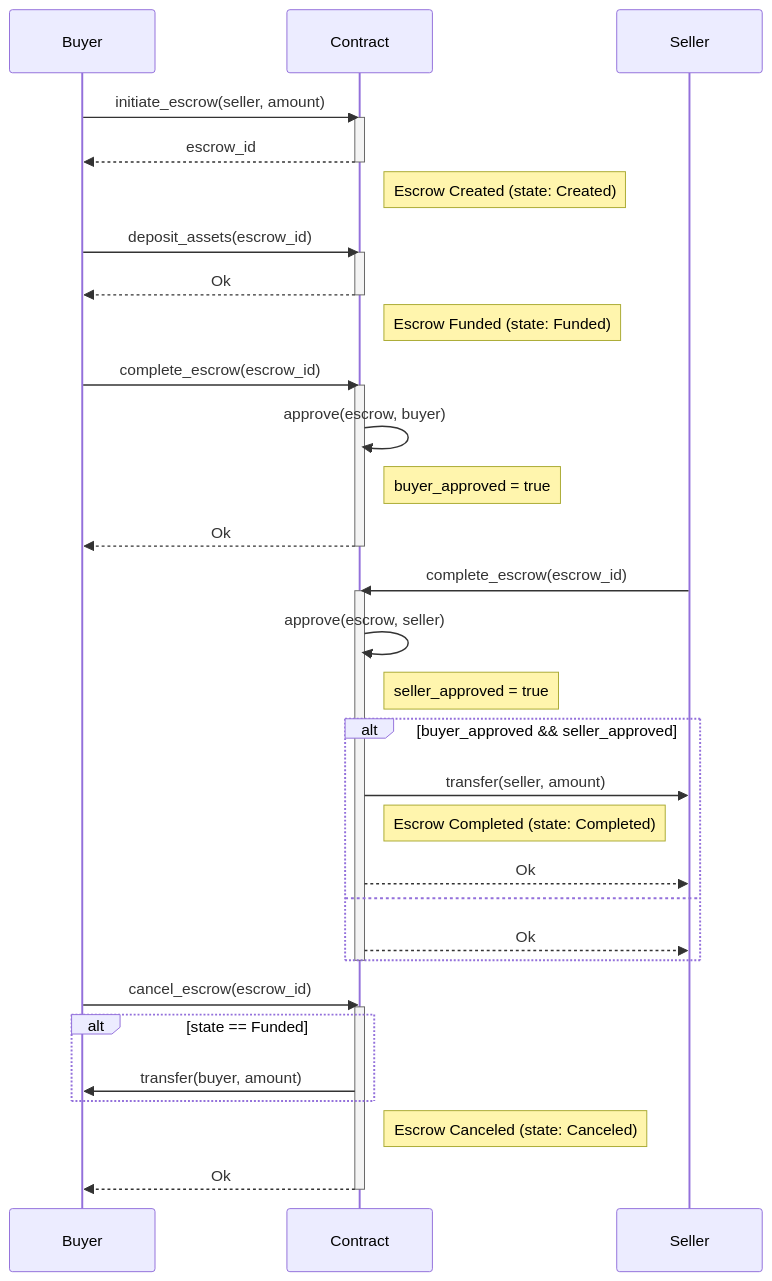
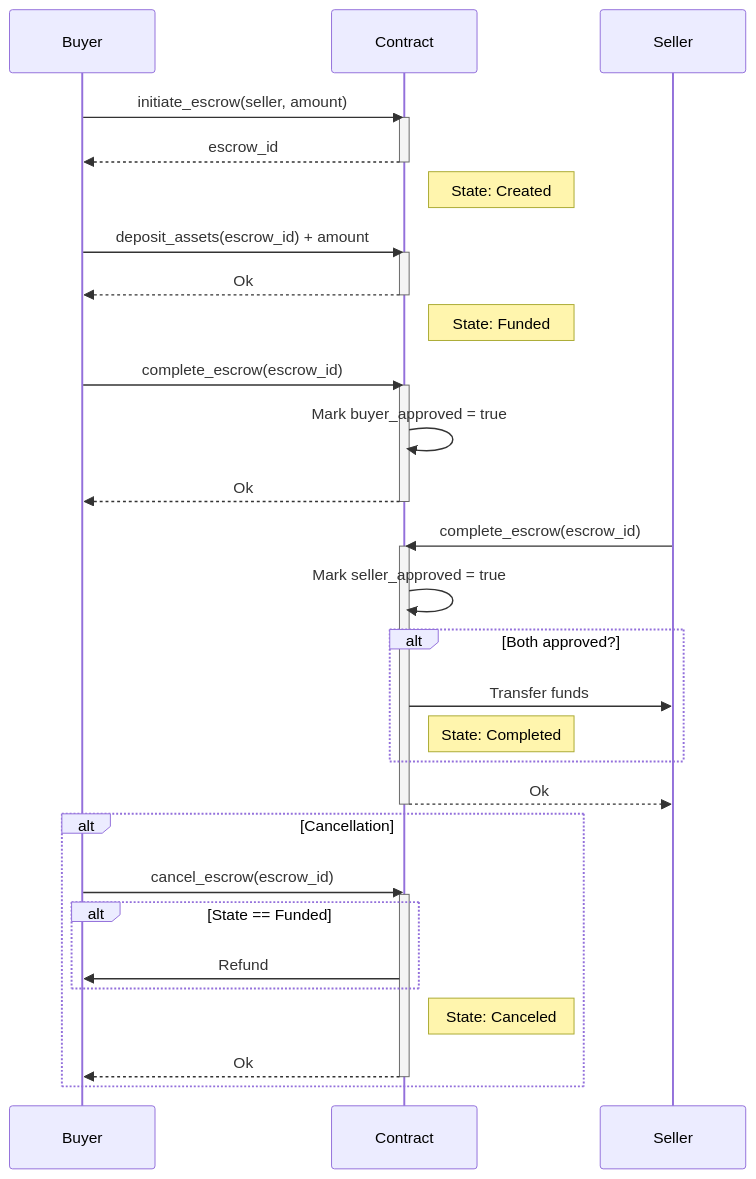
Before and after one commit to AltiMario/EscrowSmartContract: the second of 2 diagrams in README.md, drawn with Mermaid. The commit also changed other lines of this file, not shown here.

````diff
--- a/README.md
+++ b/README.md
@@ -3,47 +81,45 @@
 ```mermaid
 sequenceDiagram
     participant B as Buyer
     participant C as Contract
     participant S as Seller
 
     B->>C: initiate_escrow(seller, amount)
     activate C
     C-->>B: escrow_id
     deactivate C
-    Note right of C: Escrow Created (state: Created)
+    Note right of C: State: Created
 
-    B->>C: deposit_assets(escrow_id)
+    B->>C: deposit_assets(escrow_id) + amount
     activate C
     C-->>B: Ok
     deactivate C
-    Note right of C: Escrow Funded (state: Funded)
+    Note right of C: State: Funded
 
     B->>C: complete_escrow(escrow_id)
     activate C
-    C->>C: approve(escrow, buyer)
-    Note right of C: buyer_approved = true
+    C->>C: Mark buyer_approved = true
     C-->>B: Ok
     deactivate C
 
     S->>C: complete_escrow(escrow_id)
     activate C
-    C->>C: approve(escrow, seller)
-    Note right of C: seller_approved = true
-    alt buyer_approved && seller_approved
-        C->>S: transfer(seller, amount)
-        Note right of C: Escrow Completed (state: Completed)
-        C-->>S: Ok
-    else
-        C-->>S: Ok
+    C->>C: Mark seller_approved = true
+    alt Both approved?
+        C->>S: Transfer funds
+        Note right of C: State: Completed
     end
+    C-->>S: Ok
     deactivate C
 
-    B->>C: cancel_escrow(escrow_id)
-    activate C
-    alt state == Funded
-        C->>B: transfer(buyer, amount)
+    alt Cancellation
+        B->>C: cancel_escrow(escrow_id)
+        activate C
+        alt State == Funded
+            C->>B: Refund
+        end
+        Note right of C: State: Canceled
+        C-->>B: Ok
+        deactivate C
     end
-    Note right of C: Escrow Canceled (state: Canceled)
-    C-->>B: Ok
-    deactivate C
 ```
````
